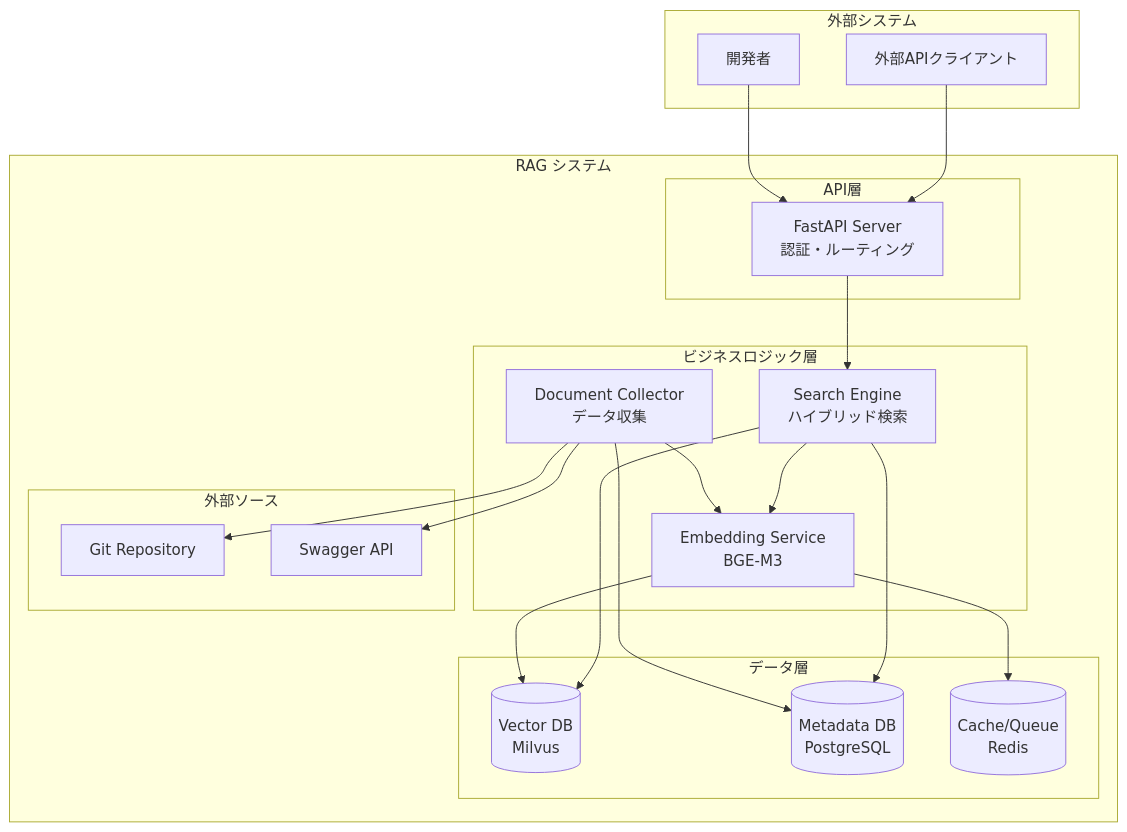
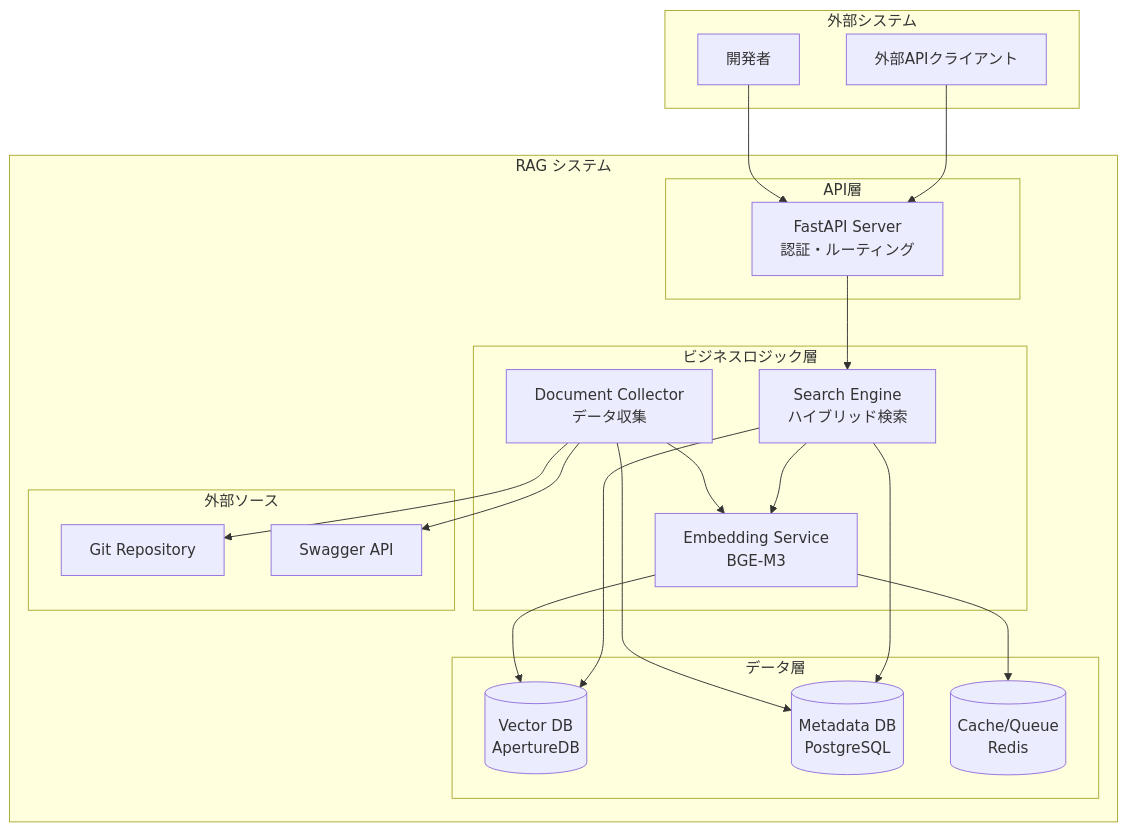
The diagram in docs/learning/Step00_SystemOverview.md (jangom2ok/spec_rag), drawn with Mermaid before and after one commit. The commit also changed other lines of this file and 69 other files, not shown here.

First line of the commit message:
Replace Milvus with ApertureDB for vector storage (#13)

````diff
--- a/docs/learning/Step00_SystemOverview.md
+++ b/docs/learning/Step00_SystemOverview.md
@@ -69,46 +69,46 @@
 ```mermaid
 graph TB
     subgraph "外部システム"
         CLIENT[外部APIクライアント]
         DEV[開発者]
     end
 
     subgraph "RAG システム"
         subgraph "API層"
             FASTAPI[FastAPI Server<br/>認証・ルーティング]
         end
 
         subgraph "ビジネスロジック層"
             SEARCH[Search Engine<br/>ハイブリッド検索]
             EMBED[Embedding Service<br/>BGE-M3]
             COLLECTOR[Document Collector<br/>データ収集]
         end
 
         subgraph "データ層"
-            MILVUS[(Vector DB<br/>Milvus)]
+            APERTUREDB[(Vector DB<br/>ApertureDB)]
             POSTGRES[(Metadata DB<br/>PostgreSQL)]
             REDIS[(Cache/Queue<br/>Redis)]
         end
 
         subgraph "外部ソース"
             GIT[Git Repository]
             SWAGGER[Swagger API]
         end
     end
 
     CLIENT --> FASTAPI
     DEV --> FASTAPI
 
     FASTAPI --> SEARCH
     SEARCH --> EMBED
-    SEARCH --> MILVUS
+    SEARCH --> APERTUREDB
     SEARCH --> POSTGRES
 
     COLLECTOR --> GIT
     COLLECTOR --> SWAGGER
     COLLECTOR --> EMBED
     COLLECTOR --> POSTGRES
 
-    EMBED --> MILVUS
+    EMBED --> APERTUREDB
     EMBED --> REDIS
 ```
````
